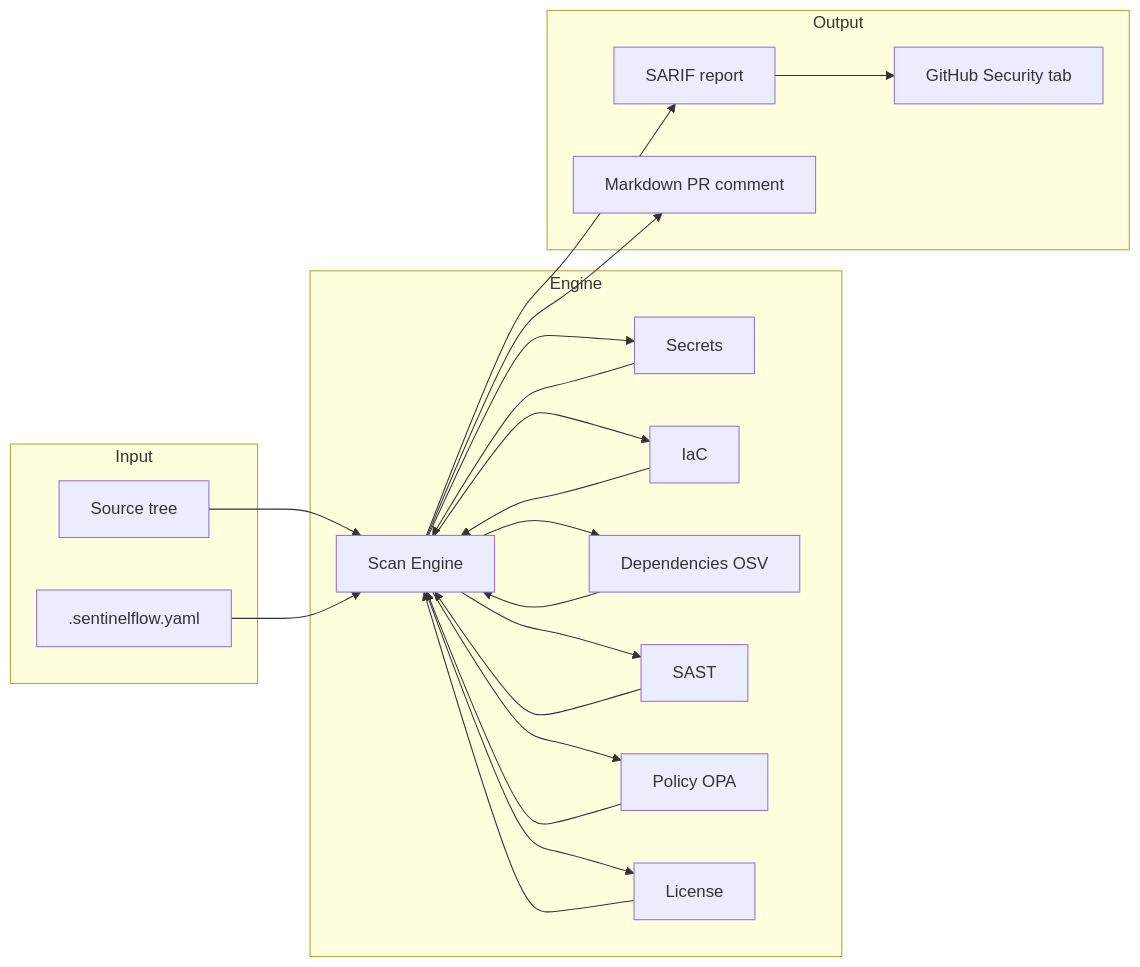
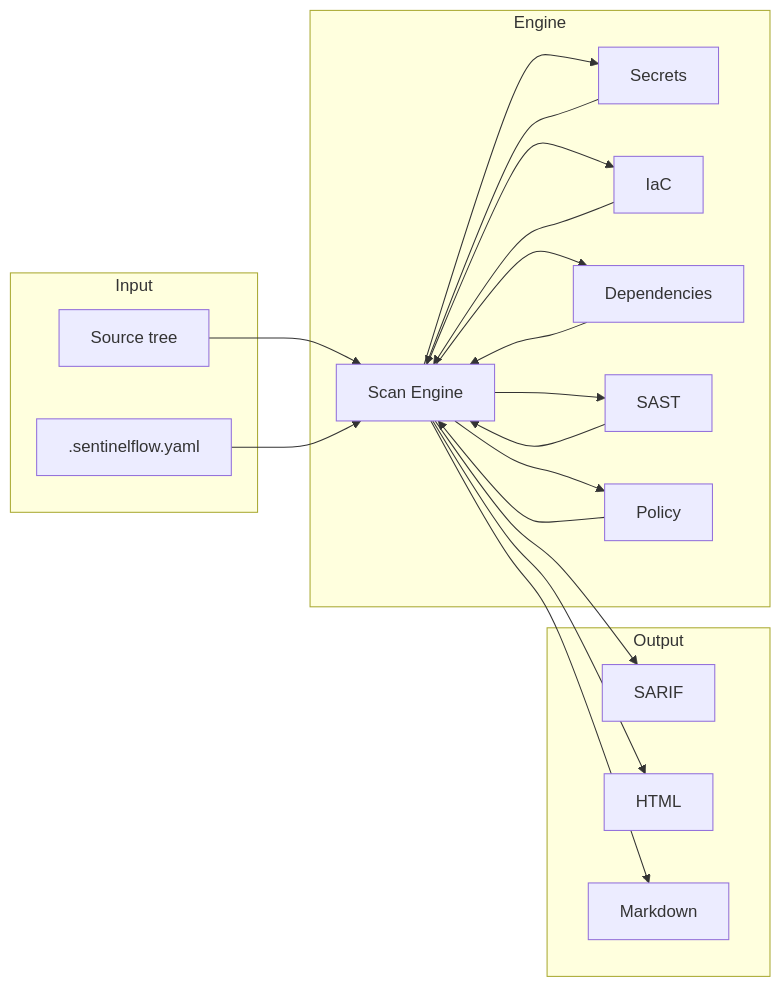
The diagram in README.md (cozyGarage/sentielflow), drawn with Mermaid before and after one commit. The commit also changed other lines of this file and 25 other files, not shown here.

````diff
--- a/README.md
+++ b/README.md
@@ -149,30 +196,25 @@
 ```mermaid
 flowchart LR
     subgraph Input
         SRC[Source tree]
         CFG[.sentinelflow.yaml]
     end
-
     subgraph Engine
         SE[Scan Engine]
         AD1[Secrets]
         AD2[IaC]
-        AD3[Dependencies OSV]
+        AD3[Dependencies]
         AD4[SAST]
-        AD5[Policy OPA]
-        AD6[License]
+        AD5[Policy]
     end
-
     subgraph Output
-        SARIF[SARIF report]
-        GH[GitHub Security tab]
-        MD[Markdown PR comment]
+        SARIF[SARIF]
+        HTML[HTML]
+        MD[Markdown]
     end
-
     SRC --> SE
     CFG --> SE
-    SE --> AD1 & AD2 & AD3 & AD4 & AD5 & AD6
-    AD1 & AD2 & AD3 & AD4 & AD5 & AD6 --> SE
-    SE --> SARIF --> GH
-    SE --> MD
+    SE --> AD1 & AD2 & AD3 & AD4 & AD5
+    AD1 & AD2 & AD3 & AD4 & AD5 --> SE
+    SE --> SARIF & HTML & MD
 ```
````
